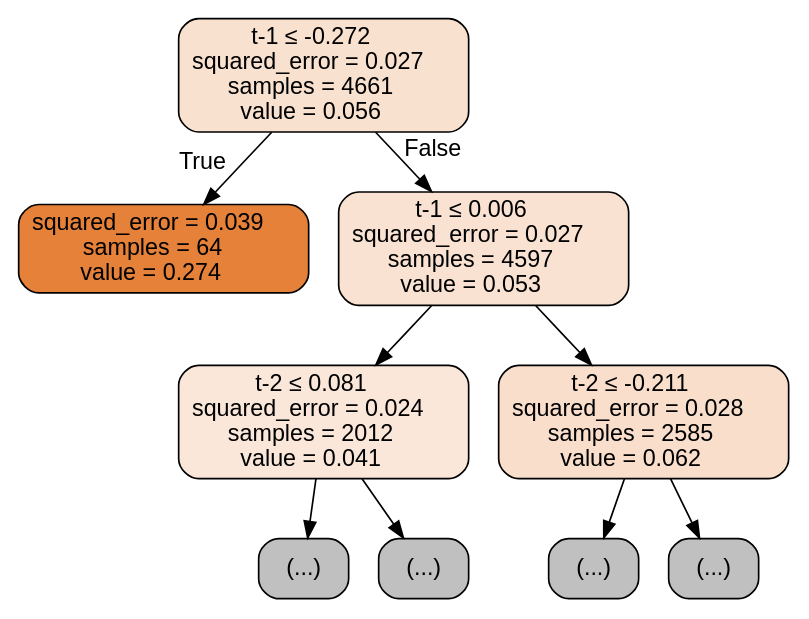
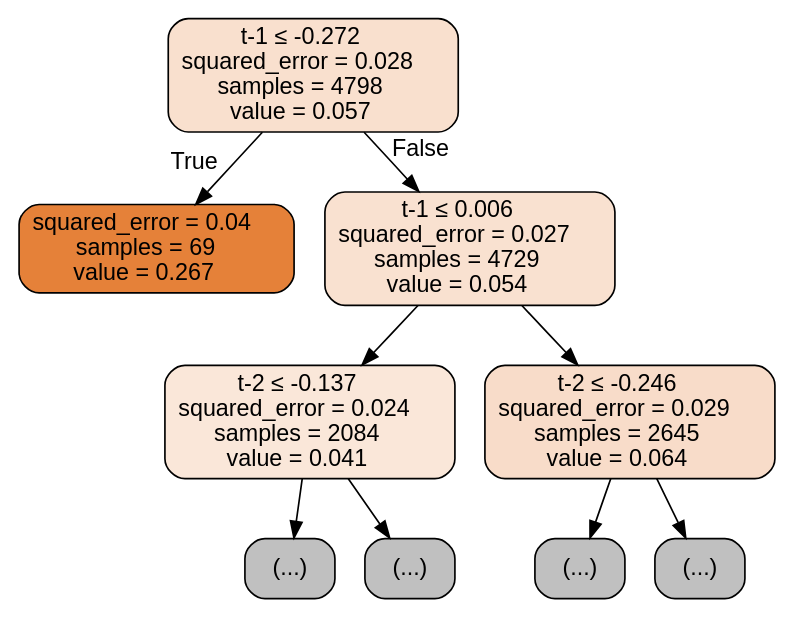
Before and after one commit to roboadvisor-fiuba/portfolio-predictor: the diagram in notebooks/results/decision_trees/reg_tree_t2.dot, drawn with Graphviz. The commit also changed 7 other files, not shown here.

```diff
--- a/notebooks/results/decision_trees/reg_tree_t2.dot
+++ b/notebooks/results/decision_trees/reg_tree_t2.dot
@@ -1,21 +1,21 @@
 digraph Tree {
 node [shape=box, style="filled, rounded", color="black", fontname="helvetica"] ;
 edge [fontname="helvetica"] ;
-0 [label=<t-1 &le; -0.272<br/>squared_error = 0.027<br/>samples = 4661<br/>value = 0.056>, fillcolor="#f9e1cf"] ;
-1 [label=<squared_error = 0.039<br/>samples = 64<br/>value = 0.274>, fillcolor="#e58139"] ;
+0 [label=<t-1 &le; -0.272<br/>squared_error = 0.028<br/>samples = 4798<br/>value = 0.057>, fillcolor="#f9e0ce"] ;
+1 [label=<squared_error = 0.04<br/>samples = 69<br/>value = 0.267>, fillcolor="#e58139"] ;
 0 -> 1 [labeldistance=2.5, labelangle=45, headlabel="True"] ;
-2 [label=<t-1 &le; 0.006<br/>squared_error = 0.027<br/>samples = 4597<br/>value = 0.053>, fillcolor="#f9e2d1"] ;
+2 [label=<t-1 &le; 0.006<br/>squared_error = 0.027<br/>samples = 4729<br/>value = 0.054>, fillcolor="#f9e1d0"] ;
 0 -> 2 [labeldistance=2.5, labelangle=-45, headlabel="False"] ;
-3 [label=<t-2 &le; 0.081<br/>squared_error = 0.024<br/>samples = 2012<br/>value = 0.041>, fillcolor="#fae7da"] ;
+3 [label=<t-2 &le; -0.137<br/>squared_error = 0.024<br/>samples = 2084<br/>value = 0.041>, fillcolor="#fae7d9"] ;
 2 -> 3 ;
 4 [label="(...)", fillcolor="#C0C0C0"] ;
 3 -> 4 ;
-15 [label="(...)", fillcolor="#C0C0C0"] ;
-3 -> 15 ;
-22 [label=<t-2 &le; -0.211<br/>squared_error = 0.028<br/>samples = 2585<br/>value = 0.062>, fillcolor="#f8decb"] ;
-2 -> 22 ;
-23 [label="(...)", fillcolor="#C0C0C0"] ;
-22 -> 23 ;
-26 [label="(...)", fillcolor="#C0C0C0"] ;
-22 -> 26 ;
+7 [label="(...)", fillcolor="#C0C0C0"] ;
+3 -> 7 ;
+20 [label=<t-2 &le; -0.246<br/>squared_error = 0.029<br/>samples = 2645<br/>value = 0.064>, fillcolor="#f8dcc9"] ;
+2 -> 20 ;
+21 [label="(...)", fillcolor="#C0C0C0"] ;
+20 -> 21 ;
+22 [label="(...)", fillcolor="#C0C0C0"] ;
+20 -> 22 ;
 }
```
